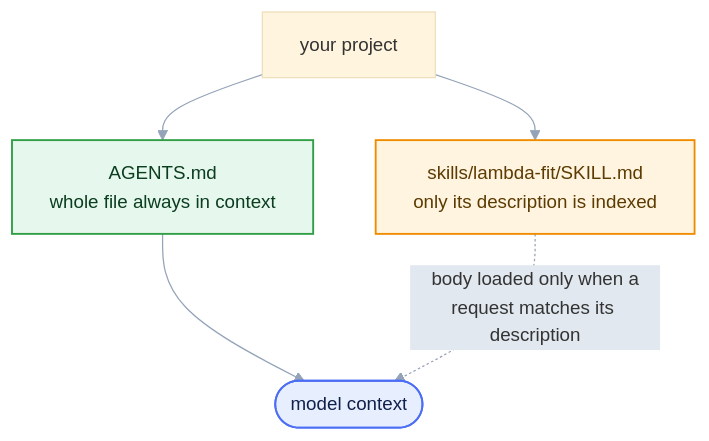
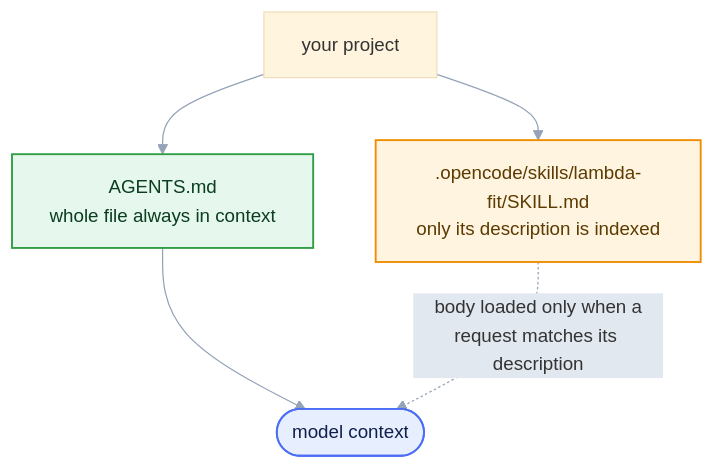
Before and after one commit to eic/tutorial-mcp: the diagram in episodes/04-skills.md, drawn with Mermaid. The commit also changed other lines of this file and 1 other file, not shown here.

First line of the commit message:
Teach the real opencode skill path: .opencode/skills, via soft link

````diff
--- a/episodes/04-skills.md
+++ b/episodes/04-skills.md
@@ -73,13 +73,13 @@
 ```mermaid
 %%{init: {'theme':'base', 'themeVariables': {'fontSize':'15px','lineColor':'#94a3b8','edgeLabelBackground':'#e2e8f0','clusterBkg':'#1f293720','clusterBorder':'#94a3b8','titleColor':'#94a3b8'}}}%%
 flowchart TD
     accTitle: {Skills and AGENTS.md}
     accDescr: {Skills and AGENTS.md}
     R["your project"] --> AG["AGENTS.md<br/>whole file always in context"]:::always
-    R --> SK["skills/lambda-fit/SKILL.md<br/>only its description is indexed"]:::ondemand
+    R --> SK[".opencode/skills/lambda-fit/SKILL.md<br/>only its description is indexed"]:::ondemand
     AG --> M(["model context"]):::core
     SK -. "body loaded only when a<br/>request matches its description" .-> M
     classDef always fill:#e6f7ed,stroke:#2f9e44,stroke-width:1.5px,color:#0b3d1f;
     classDef ondemand fill:#fff4e0,stroke:#f08c00,stroke-width:1.5px,color:#5c3b00;
     classDef core fill:#e7efff,stroke:#4c6ef5,stroke-width:1.5px,color:#10204a;
 ```
````
